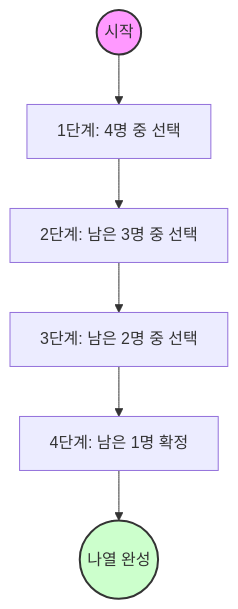
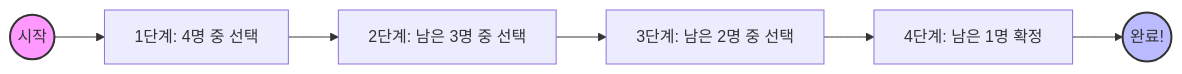
The diagram in contents/black_scholes_equation_01/sec_01/assets/diagrams/sub_01_01_flow.mmd (soboo0123-cmd/ai_content_factory), drawn with Mermaid before and after one commit. The commit also changed 8 other files, not shown here.

```diff
--- a/contents/black_scholes_equation_01/sec_01/assets/diagrams/sub_01_01_flow.mmd
+++ b/contents/black_scholes_equation_01/sec_01/assets/diagrams/sub_01_01_flow.mmd
@@ -1,9 +1,9 @@
-graph TD
+graph LR
     Start((시작)) --> A[1단계: 4명 중 선택]
     A --> B[2단계: 남은 3명 중 선택]
     B --> C[3단계: 남은 2명 중 선택]
     C --> D[4단계: 남은 1명 확정]
-    D --> End((나열 완성))
+    D --> End((완료!))
     
     style Start fill:#f9f,stroke:#333,stroke-width:2px
-    style End fill:#00ff0033,stroke:#333,stroke-width:2px
+    style End fill:#bbf,stroke:#333,stroke-width:2px
```
